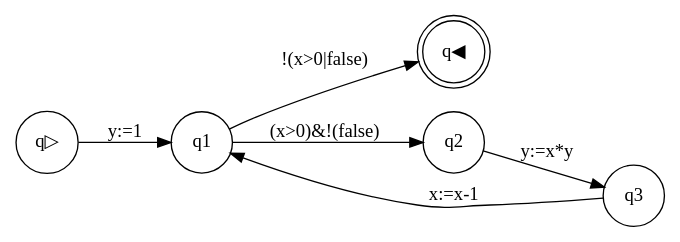
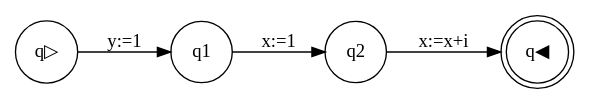
The diagram in Package/DFA.gv (gernsoe/02141_parsing), drawn with Graphviz before and after one commit. The commit also changed 3 other files, not shown here.

```diff
--- a/Package/DFA.gv
+++ b/Package/DFA.gv
@@ -1,10 +1,8 @@
 digraph program_graph {rankdir=LR; 
 node [shape = circle]; q▷; 
 node [shape = doublecircle]; q◀; 
 node [shape = circle]
 q▷ -> q1[label = "y:=1"];
-q1 -> q2[label = "(x>0)&!(false)"];
-q2 -> q3[label = "y:=x*y"];
-q3 -> q1[label = "x:=x-1"];
-q1 -> q◀[label = "!(x>0|false)"];
+q1 -> q2[label = "x:=1"];
+q2 -> q◀[label = "x:=x+i"];
 }
```
